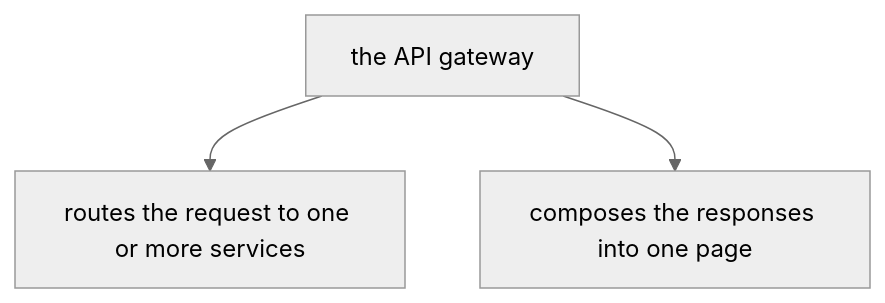
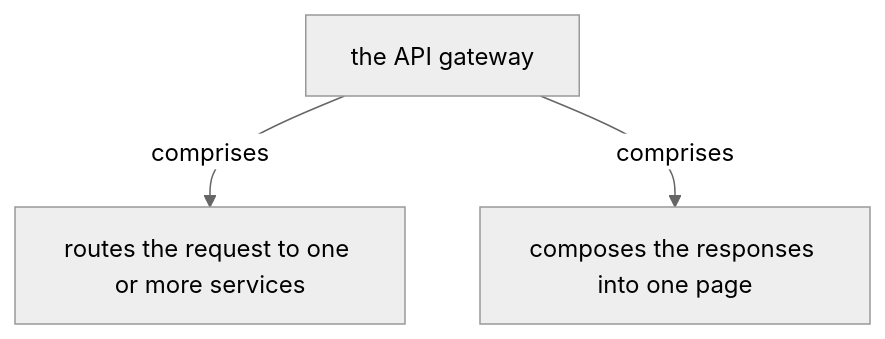
One commit to vinayakuber/microservices-io-study-guide changed the sixth of 14 diagrams in docs/ch02-microservice-architecture.md. Above: the diagram before and after it, drawn with Mermaid (neutral theme). The commit also changed other lines of this file and 71 other files, not shown here.

First line of the commit message:
R18: label every diagram arrow with its meaning

````diff
--- a/docs/ch02-microservice-architecture.md
+++ b/docs/ch02-microservice-architecture.md
@@ -248,6 +248,6 @@
 ```mermaid
 flowchart TD
   R["the API gateway"]
-  R --> P0["routes the request to one or more services"]
-  R --> P1["composes the responses into one page"]
+  R -->|"comprises"| P0["routes the request to one or more services"]
+  R -->|"comprises"| P1["composes the responses into one page"]
 ```
````
